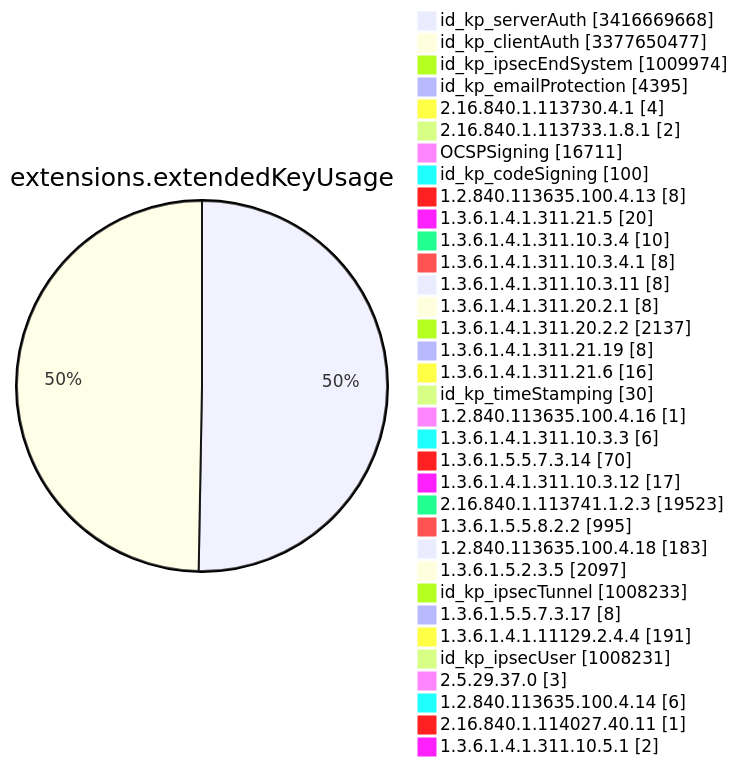
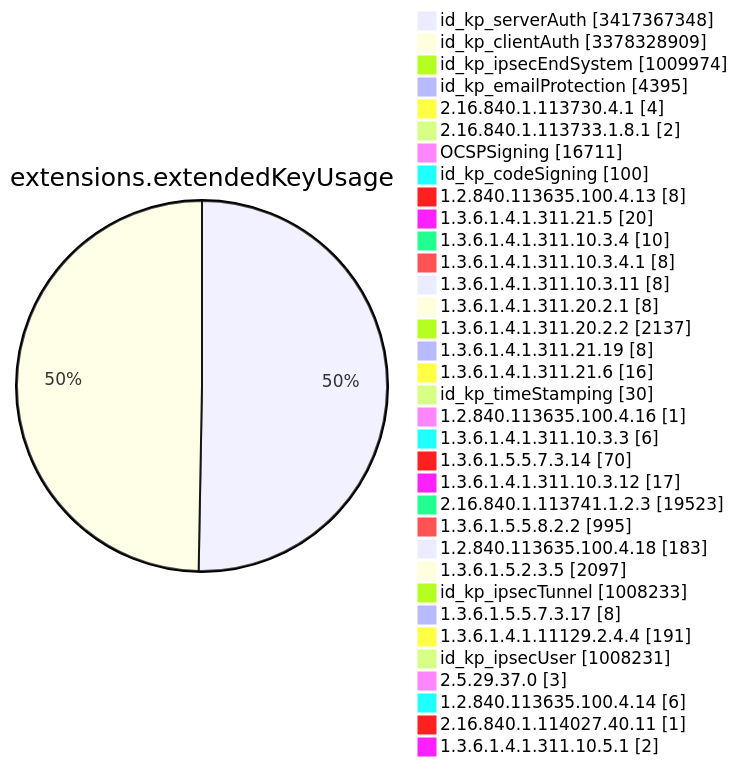
Diagram 11 of 15 in TOTAL/README.md (christiankrug/ctmonitor_visualization), drawn with Mermaid before and after one commit. The commit also changed other lines of this file, not shown here.

````diff
--- a/TOTAL/README.md
+++ b/TOTAL/README.md
@@ -4121,38 +4121,38 @@
 ```mermaid
 pie showData
 title extensions.extendedKeyUsage
-"id_kp_serverAuth" :3416669668
-"id_kp_clientAuth" :3377650477
+"id_kp_serverAuth" :3417367348
+"id_kp_clientAuth" :3378328909
 "id_kp_ipsecEndSystem" :1009974
 "id_kp_emailProtection" :4395
 "2.16.840.1.113730.4.1" :4
 "2.16.840.1.113733.1.8.1" :2
 "OCSPSigning" :16711
 "id_kp_codeSigning" :100
 "1.2.840.113635.100.4.13" :8
 "1.3.6.1.4.1.311.21.5" :20
 "1.3.6.1.4.1.311.10.3.4" :10
 "1.3.6.1.4.1.311.10.3.4.1" :8
 "1.3.6.1.4.1.311.10.3.11" :8
 "1.3.6.1.4.1.311.20.2.1" :8
 "1.3.6.1.4.1.311.20.2.2" :2137
 "1.3.6.1.4.1.311.21.19" :8
 "1.3.6.1.4.1.311.21.6" :16
 "id_kp_timeStamping" :30
 "1.2.840.113635.100.4.16" :1
 "1.3.6.1.4.1.311.10.3.3" :6
 "1.3.6.1.5.5.7.3.14" :70
 "1.3.6.1.4.1.311.10.3.12" :17
 "2.16.840.1.113741.1.2.3" :19523
 "1.3.6.1.5.5.8.2.2" :995
 "1.2.840.113635.100.4.18" :183
 "1.3.6.1.5.2.3.5" :2097
 "id_kp_ipsecTunnel" :1008233
 "1.3.6.1.5.5.7.3.17" :8
 "1.3.6.1.4.1.11129.2.4.4" :191
 "id_kp_ipsecUser" :1008231
 "2.5.29.37.0" :3
 "1.2.840.113635.100.4.14" :6
 "2.16.840.1.114027.40.11" :1
 "1.3.6.1.4.1.311.10.5.1" :2
 ```
````
